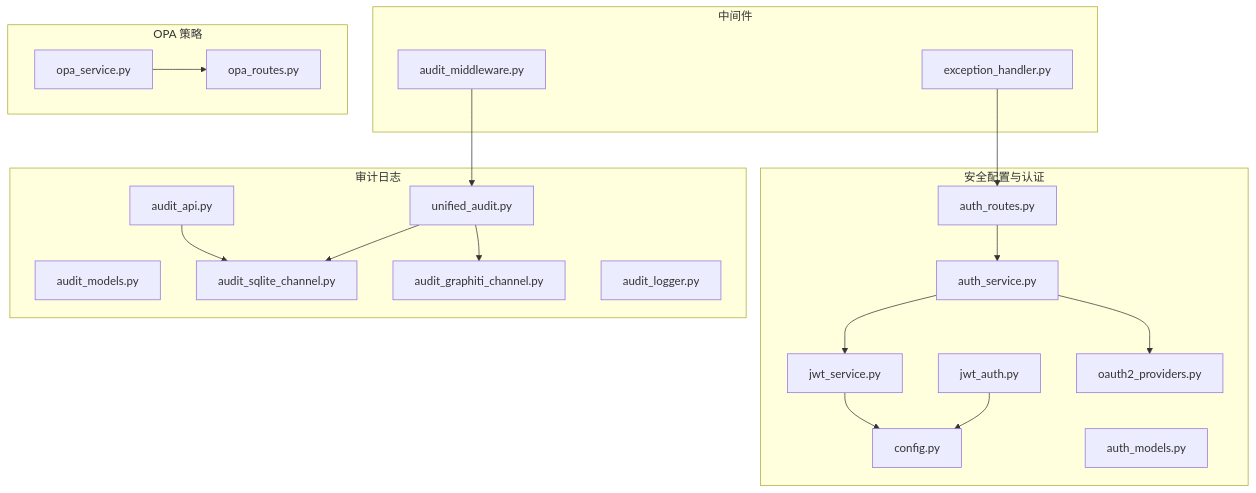
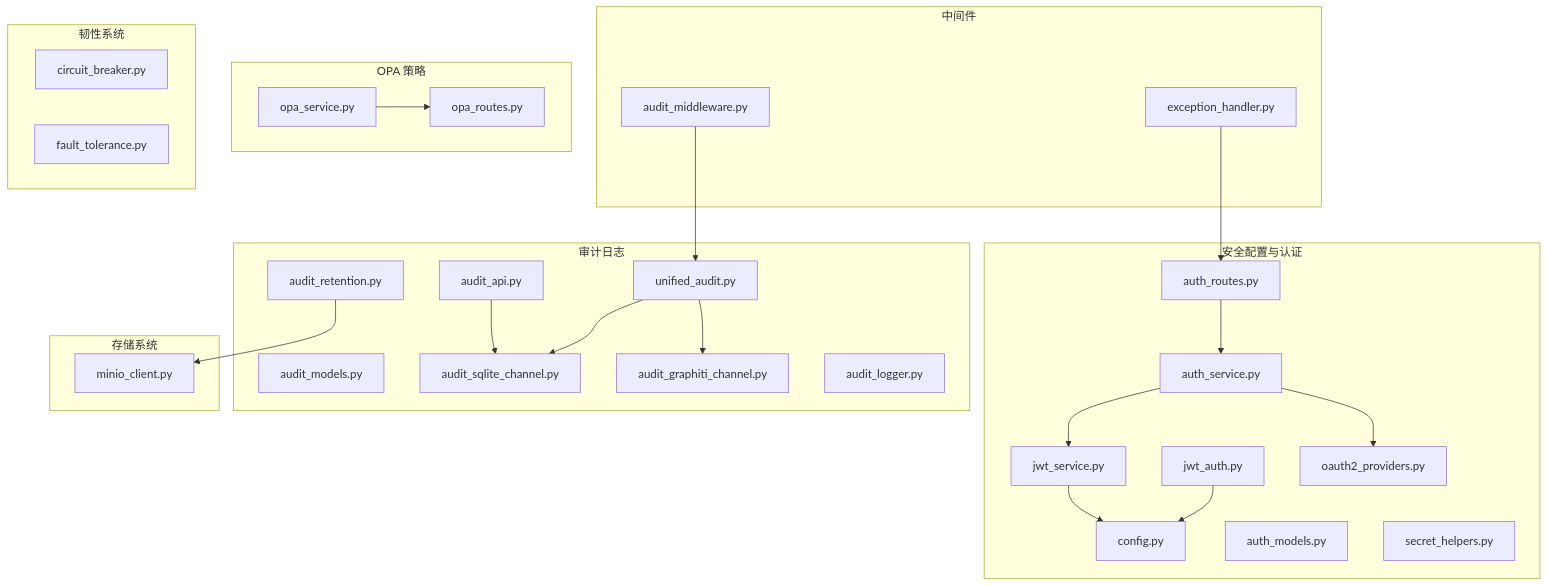
One commit to inier/ontology-graphiti changed the first of 9 diagrams in .qoder/repowiki/zh/content/后端服务/基础设施服务/安全基础设施.md. Above: the diagram before and after it, drawn with Mermaid. The commit also changed other lines of this file and 18 other files, not shown here.

````diff
--- a/.qoder/repowiki/zh/content/后端服务/基础设施服务/安全基础设施.md
+++ b/.qoder/repowiki/zh/content/后端服务/基础设施服务/安全基础设施.md
@@ -47,39 +65,49 @@
 ```mermaid
 graph TB
 subgraph "安全配置与认证"
 CFG["config.py"]
 JWT_AUTH["jwt_auth.py"]
 JWT_SVC["jwt_service.py"]
 OAUTH["oauth2_providers.py"]
 AUTH_SVC["auth_service.py"]
 AUTH_RT["auth_routes.py"]
 AUTH_MDL["auth_models.py"]
+SECRET_HELP["secret_helpers.py"]
 end
 subgraph "审计日志"
 AUD_MDL["audit_models.py"]
 SQLITE_CH["audit_sqlite_channel.py"]
 GRAPHITI_CH["audit_graphiti_channel.py"]
 UNIFIED_AUDIT["unified_audit.py"]
 AUD_LOGGER["audit_logger.py"]
 AUD_API["audit_api.py"]
+AUD_RET["audit_retention.py"]
 end
 subgraph "中间件"
 AUD_MW["audit_middleware.py"]
 EXC_MW["exception_handler.py"]
 end
 subgraph "OPA 策略"
 OPA_SVC["opa_service.py"]
 OPA_RT["opa_routes.py"]
+end
+subgraph "存储系统"
+MINIO["minio_client.py"]
+end
+subgraph "韧性系统"
+CB["circuit_breaker.py"]
+FT["fault_tolerance.py"]
 end
 AUTH_RT --> AUTH_SVC
 AUTH_SVC --> JWT_SVC
 AUTH_SVC --> OAUTH
 JWT_AUTH --> CFG
 JWT_SVC --> CFG
 UNIFIED_AUDIT --> SQLITE_CH
 UNIFIED_AUDIT --> GRAPHITI_CH
 AUD_API --> SQLITE_CH
 AUD_MW --> UNIFIED_AUDIT
 EXC_MW --> AUTH_RT
 OPA_SVC --> OPA_RT
+AUD_RET --> MINIO
 ```
````
